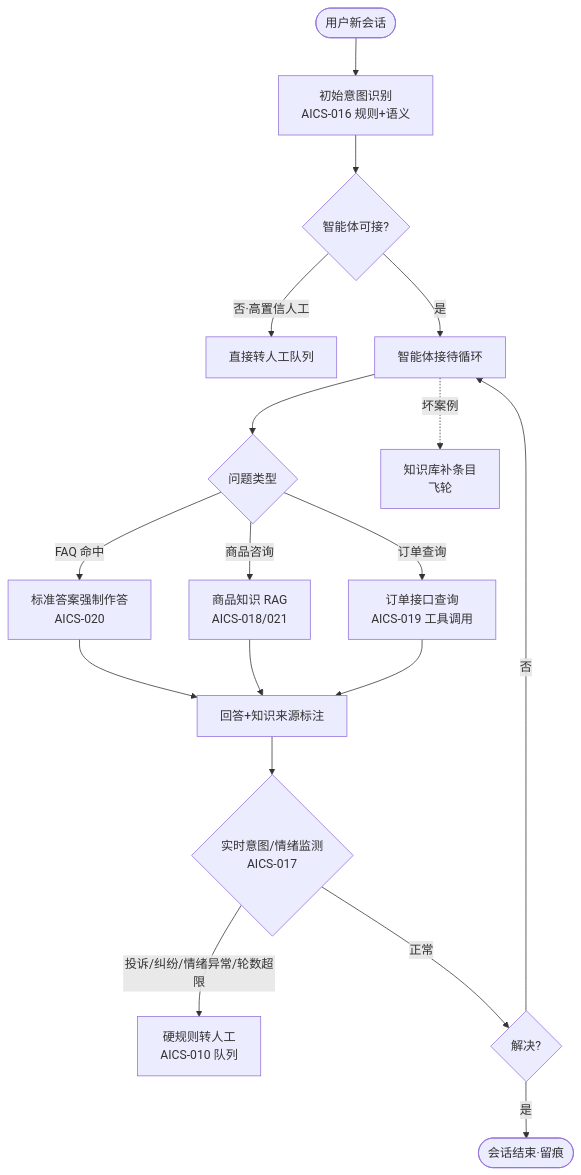
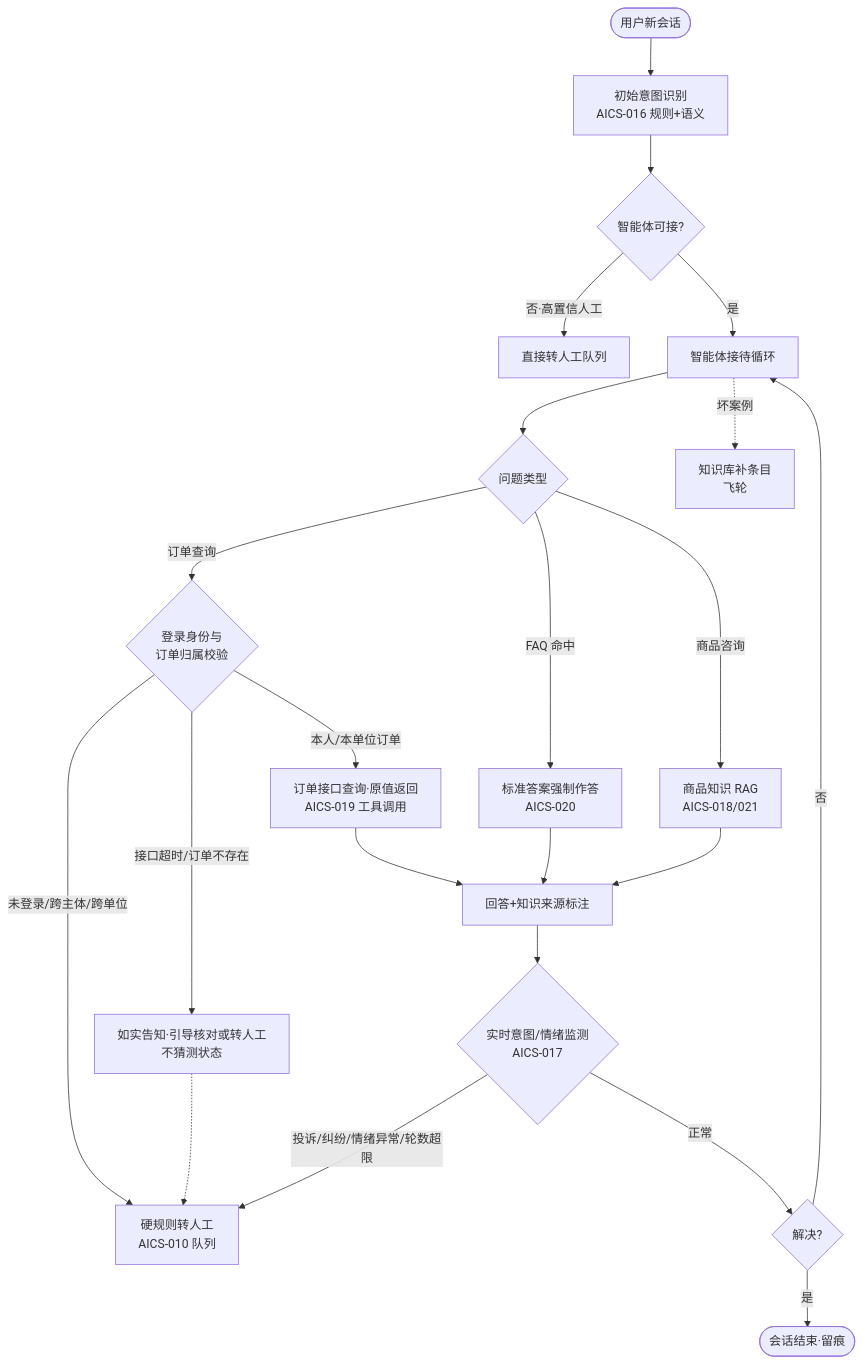
One commit to China-li-bai/rtm changed the first of 2 diagrams in scenario-demo-hub/knowledge/product/product/01-prd/客服中台/AICS-016-025-智能体接待.md. Above: the diagram before and after it, drawn with Mermaid. The commit also changed other lines of this file and 42 other files, not shown here.

````diff
--- a/scenario-demo-hub/knowledge/product/product/01-prd/客服中台/AICS-016-025-智能体接待.md
+++ b/scenario-demo-hub/knowledge/product/product/01-prd/客服中台/AICS-016-025-智能体接待.md
@@ -52,18 +53,23 @@
 ```mermaid
 flowchart TD
     A([用户新会话]) --> B[初始意图识别<br/>AICS-016 规则+语义]
     B --> C{智能体可接?}
     C -->|否·高置信人工| D[直接转人工队列]
     C -->|是| E[智能体接待循环]
     E --> F{问题类型}
     F -->|FAQ 命中| G[标准答案强制作答<br/>AICS-020]
     F -->|商品咨询| H[商品知识 RAG<br/>AICS-018/021]
-    F -->|订单查询| I[订单接口查询<br/>AICS-019 工具调用]
-    G & H & I --> J[回答+知识来源标注]
+    F -->|订单查询| I1{登录身份与<br/>订单归属校验}
+    I1 -->|本人/本单位订单| I2[订单接口查询·原值返回<br/>AICS-019 工具调用]
+    I1 -->|未登录/跨主体/跨单位| L
+    I1 -->|接口超时/订单不存在| I3[如实告知·引导核对或转人工<br/>不猜测状态]
+    I3 -.-> L
+    I2 --> J
+    G & H --> J[回答+知识来源标注]
     J --> K{实时意图/情绪监测<br/>AICS-017}
     K -->|投诉/纠纷/情绪异常/轮数超限| L[硬规则转人工<br/>AICS-010 队列]
     K -->|正常| M{解决?}
     M -->|是| N([会话结束·留痕])
     M -->|否| E
     E -.坏案例.-> O[知识库补条目<br/>飞轮]
 ```
````
